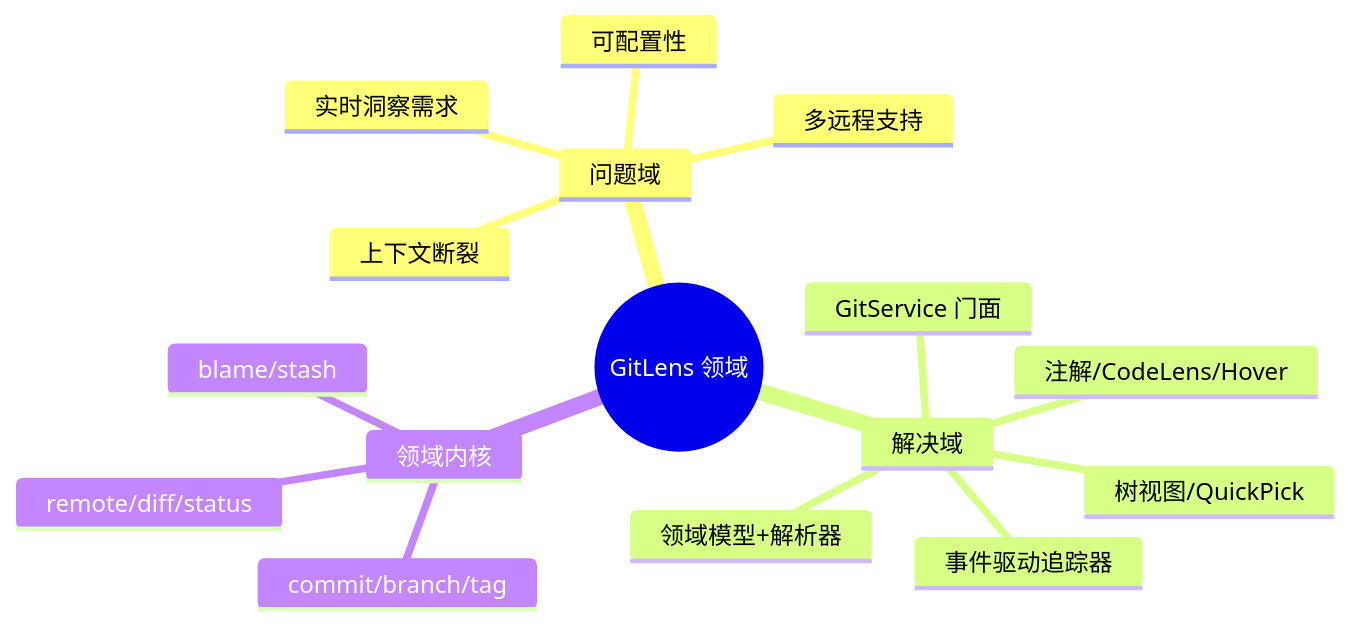
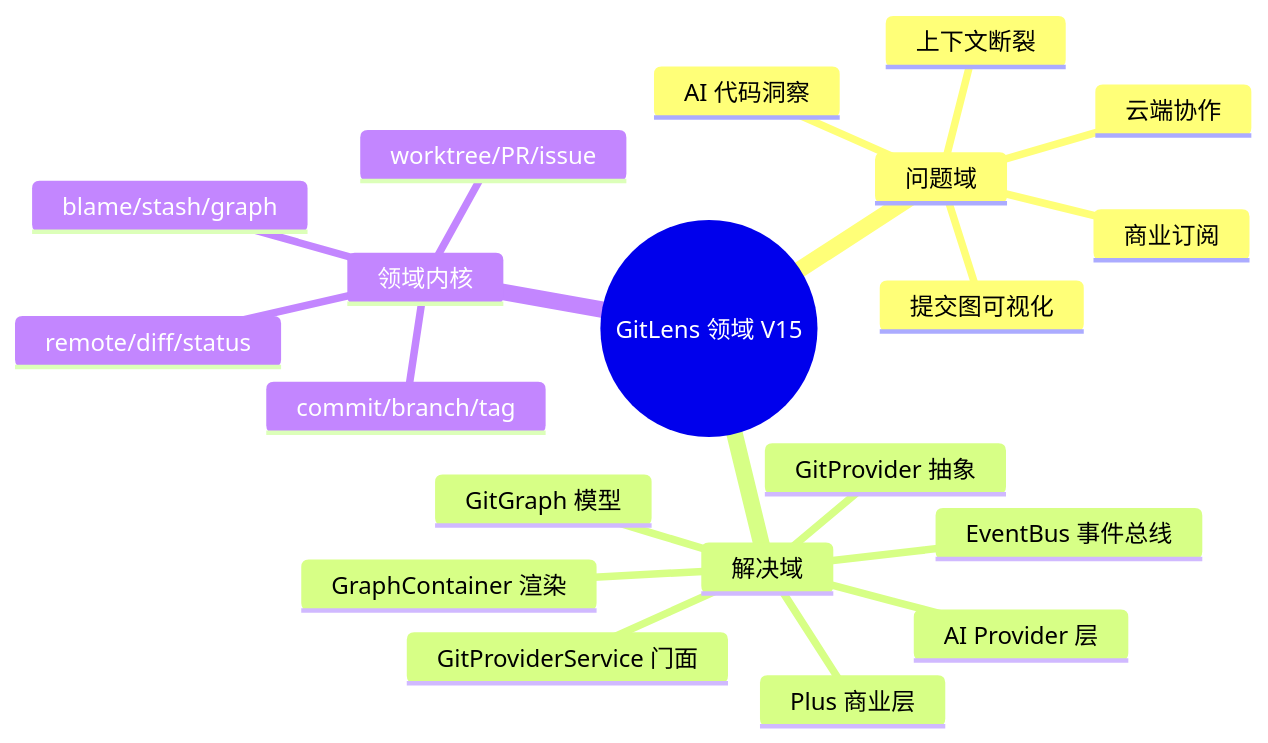
One commit to PirsLee/documents changed the first of 10 diagrams in domain/software_analysis/vscode_gitlens.analysis.md. Above: the diagram before and after it, drawn with Mermaid. The commit also changed other lines of this file, not shown here.

````diff
--- a/domain/software_analysis/vscode_gitlens.analysis.md
+++ b/domain/software_analysis/vscode_gitlens.analysis.md
@@ -30,19 +35,23 @@
 ```mermaid
 mindmap
-  root((GitLens 领域))
+  root((GitLens 领域 V15))
     问题域
       上下文断裂
-      实时洞察需求
-      多远程支持
-      可配置性
+      提交图可视化
+      AI 代码洞察
+      云端协作
+      商业订阅
     解决域
-      GitService 门面
-      领域模型+解析器
-      注解/CodeLens/Hover
-      树视图/QuickPick
-      事件驱动追踪器
+      GitProvider 抽象
+      GitProviderService 门面
+      GitGraph 模型
+      GraphContainer 渲染
+      AI Provider 层
+      Plus 商业层
+      EventBus 事件总线
     领域内核
       commit/branch/tag
-      blame/stash
+      blame/stash/graph
+      worktree/PR/issue
       remote/diff/status
 ```
````
